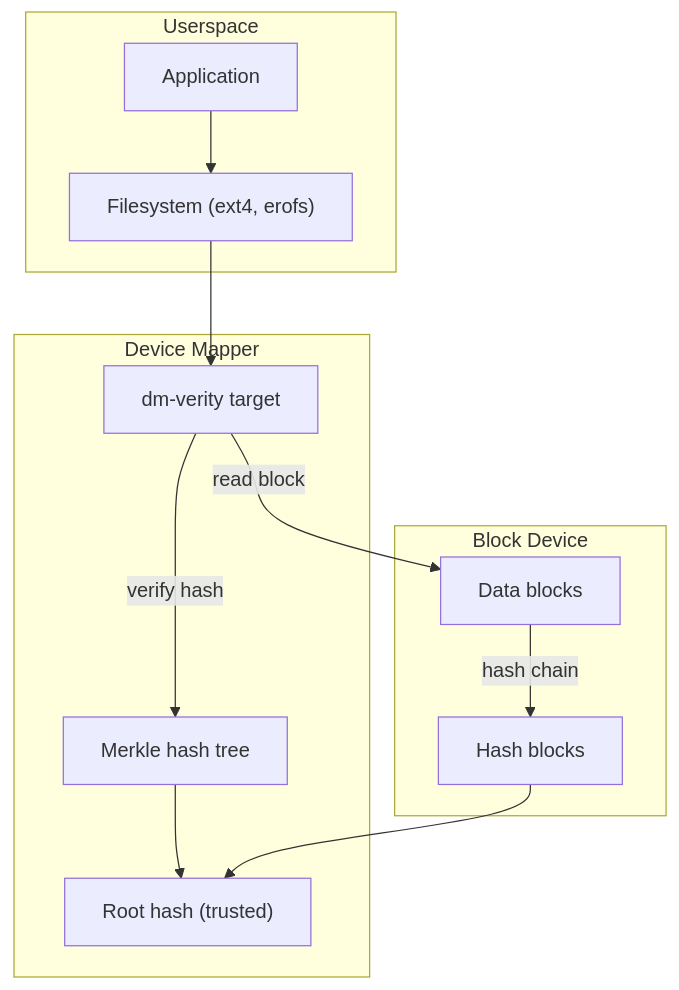
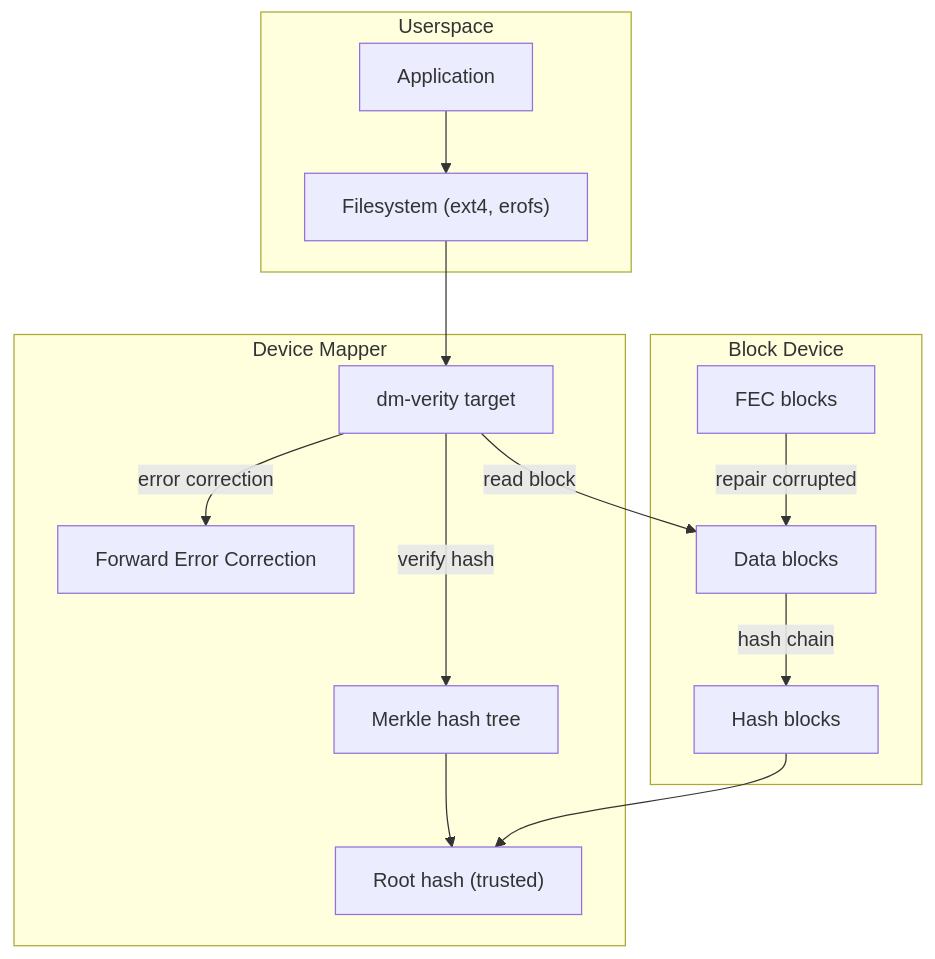
The first of 8 diagrams in src/kernel/drivers/dm-verity.md (Abhinav-Kumar012/lb2), drawn with Mermaid before and after one commit. The commit also changed other lines of this file, not shown here.

````diff
--- a/src/kernel/drivers/dm-verity.md
+++ b/src/kernel/drivers/dm-verity.md
@@ -17,26 +17,30 @@
 ```mermaid
 flowchart TD
     subgraph UserSpace["Userspace"]
         APP["Application"]
         FS["Filesystem (ext4, erofs)"]
     end
 
     subgraph Kernel["Device Mapper"]
         DM["dm-verity target"]
         HASH["Merkle hash tree"]
         ROOT["Root hash (trusted)"]
+        FEC["Forward Error Correction"]
     end
 
     subgraph Storage["Block Device"]
         DATA["Data blocks"]
         HASH_BLOCKS["Hash blocks"]
+        FEC_BLOCKS["FEC blocks"]
     end
 
     APP --> FS
     FS --> DM
     DM -->|read block| DATA
     DM -->|verify hash| HASH
     HASH --> ROOT
+    DM -->|error correction| FEC
     DATA -->|hash chain| HASH_BLOCKS
     HASH_BLOCKS --> ROOT
+    FEC_BLOCKS -->|repair corrupted| DATA
 ```
````
